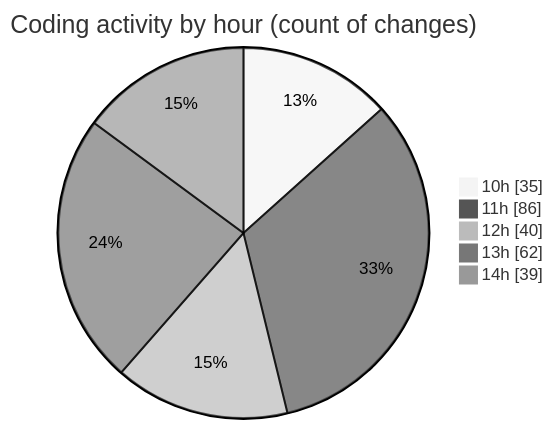
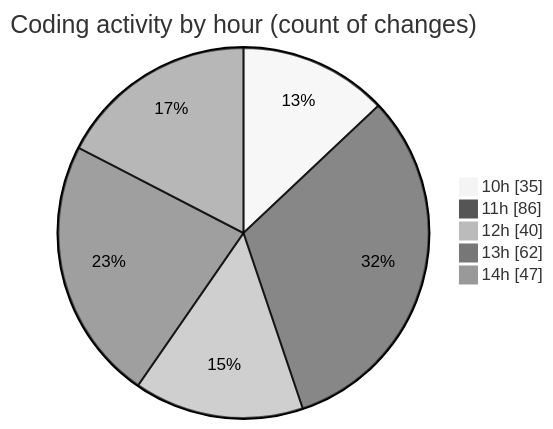
The second of 2 diagrams in 2025-03-28/cda/README.md (momahboobian/code-tracking), drawn with Mermaid (neutral theme) before and after one commit. The commit also changed other lines of this file and 1 other file, not shown here.

````diff
--- a/2025-03-28/cda/README.md
+++ b/2025-03-28/cda/README.md
@@ -36,9 +36,9 @@
 ```mermaid
 pie showData
 title Coding activity by hour (count of changes)
 "10h" : 35
 "11h" : 86
 "12h" : 40
 "13h" : 62
-"14h" : 39
+"14h" : 47
 ```
````
